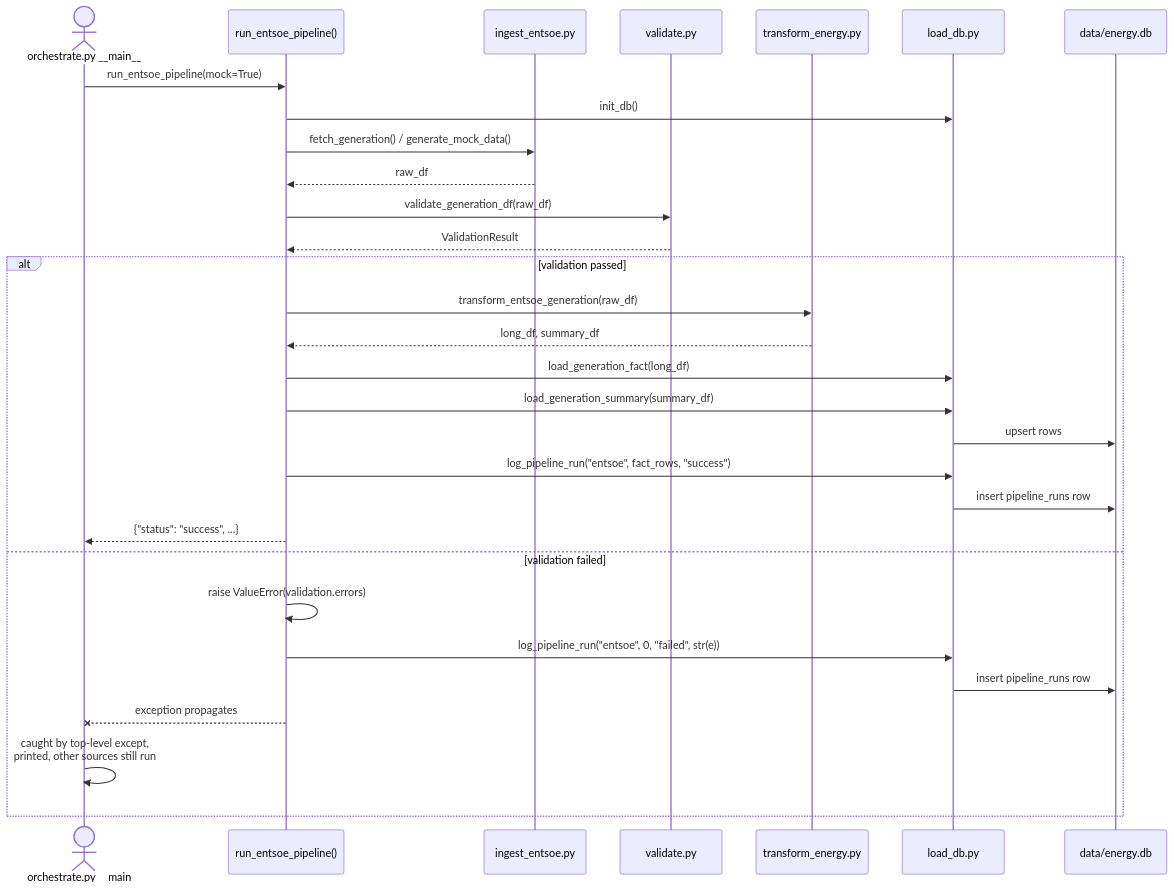
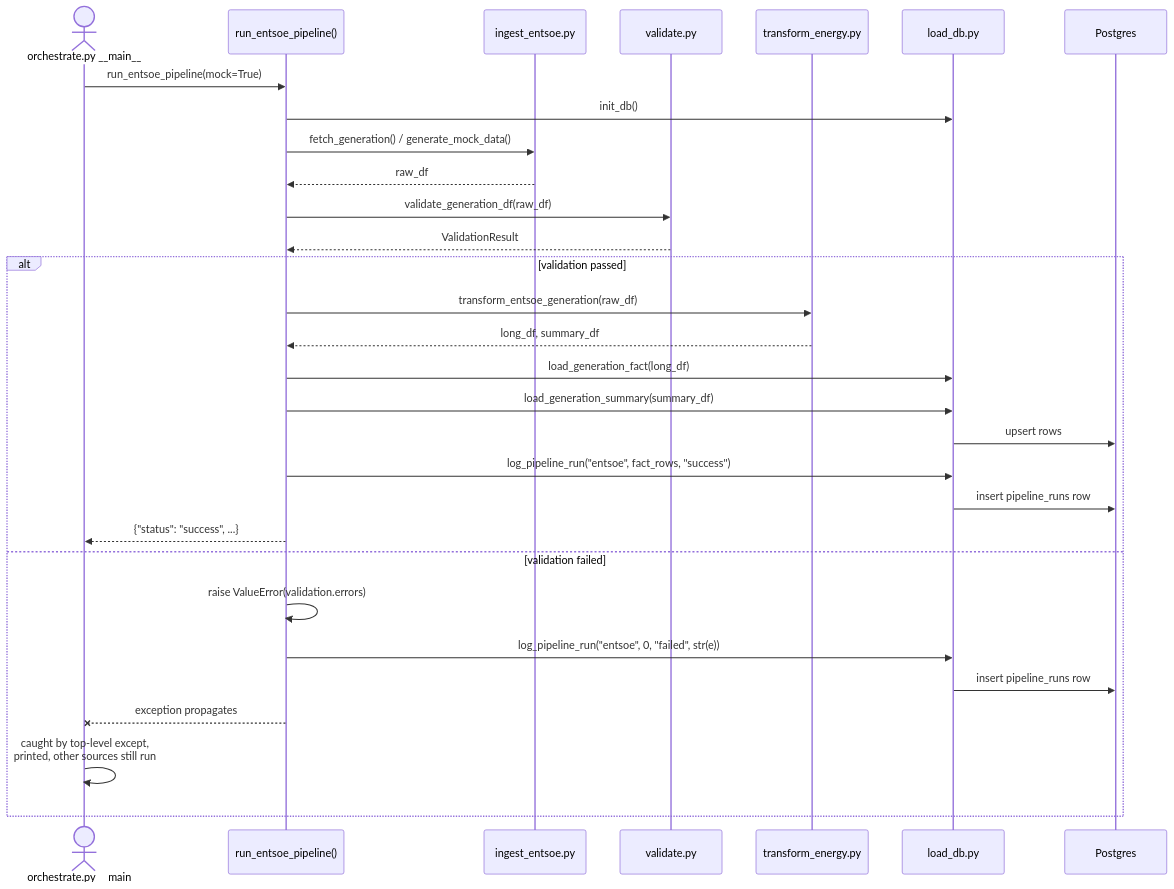
The fourth of 7 diagrams in docs/DIAGRAMS.md (squirke1/energy-data-pipeline), drawn with Mermaid before and after one commit. The commit also changed other lines of this file and 19 other files, not shown here.

````diff
--- a/docs/DIAGRAMS.md
+++ b/docs/DIAGRAMS.md
@@ -114,34 +117,34 @@
 ```mermaid
 sequenceDiagram
     actor CLI as orchestrate.py __main__
     participant Orch as run_entsoe_pipeline()
     participant Ingest as ingest_entsoe.py
     participant Val as validate.py
     participant Trans as transform_energy.py
     participant Load as load_db.py
-    participant DB as data/energy.db
+    participant DB as Postgres
 
     CLI->>Orch: run_entsoe_pipeline(mock=True)
     Orch->>Load: init_db()
     Orch->>Ingest: fetch_generation() / generate_mock_data()
     Ingest-->>Orch: raw_df
     Orch->>Val: validate_generation_df(raw_df)
     Val-->>Orch: ValidationResult
 
     alt validation passed
         Orch->>Trans: transform_entsoe_generation(raw_df)
         Trans-->>Orch: long_df, summary_df
         Orch->>Load: load_generation_fact(long_df)
         Orch->>Load: load_generation_summary(summary_df)
         Load->>DB: upsert rows
         Orch->>Load: log_pipeline_run("entsoe", fact_rows, "success")
         Load->>DB: insert pipeline_runs row
         Orch-->>CLI: {"status": "success", ...}
     else validation failed
         Orch->>Orch: raise ValueError(validation.errors)
         Orch->>Load: log_pipeline_run("entsoe", 0, "failed", str(e))
         Load->>DB: insert pipeline_runs row
         Orch--xCLI: exception propagates
         CLI->>CLI: caught by top-level except,<br/>printed, other sources still run
     end
 ```
````
